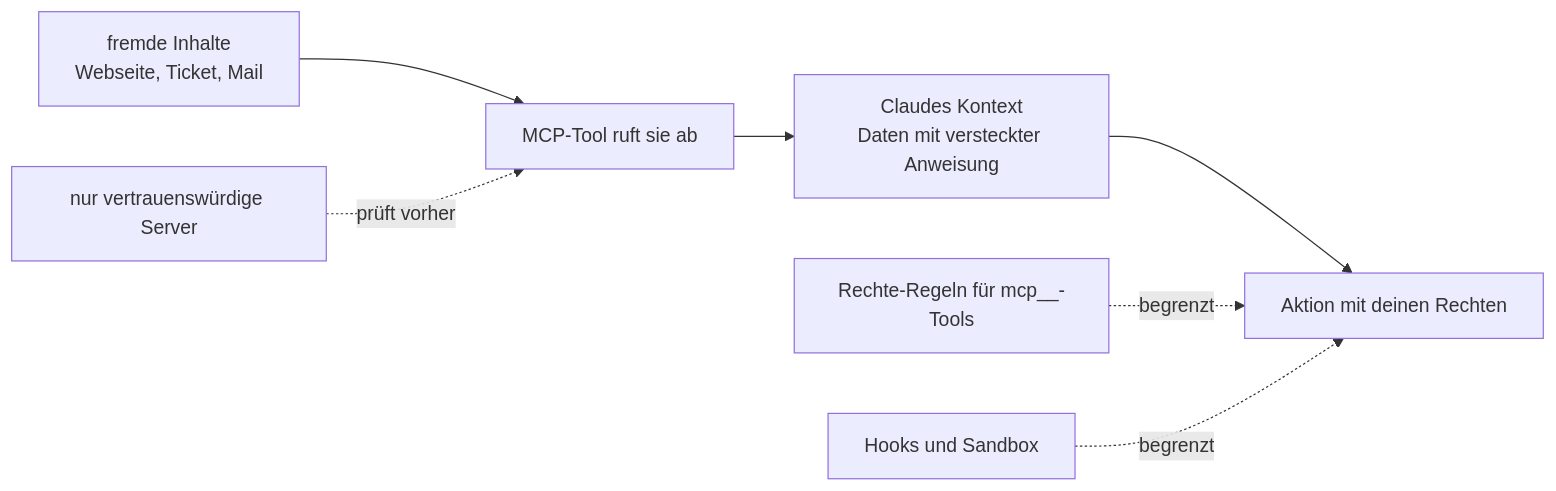
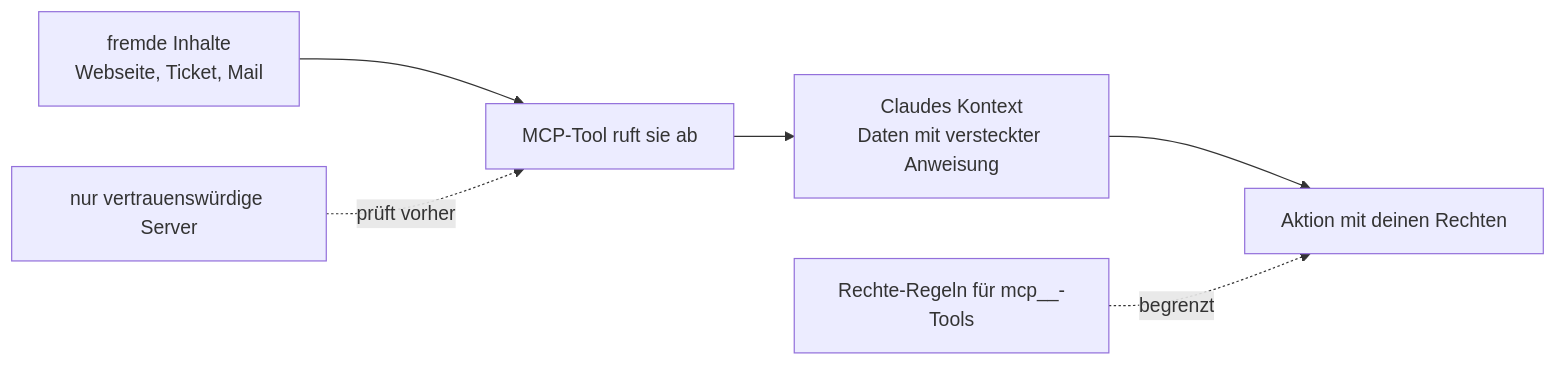
Before and after one commit to dynamic-dome/dynamic-workshop: the diagram in resources/library/s2-17-mcp-sicherheit.md, drawn with Mermaid. The commit also changed other lines of this file, not shown here.

````diff
--- a/resources/library/s2-17-mcp-sicherheit.md
+++ b/resources/library/s2-17-mcp-sicherheit.md
@@ -42,9 +45,8 @@
 ```mermaid
 flowchart LR
   U["fremde Inhalte<br/>Webseite, Ticket, Mail"] --> T["MCP-Tool ruft sie ab"]
   T --> K["Claudes Kontext<br/>Daten mit versteckter Anweisung"]
   K --> A["Aktion mit deinen Rechten"]
   G1["nur vertrauenswürdige Server"] -. "prüft vorher" .-> T
   G2["Rechte-Regeln für mcp__-Tools"] -. "begrenzt" .-> A
-  G3["Hooks und Sandbox"] -. "begrenzt" .-> A
 ```
````
